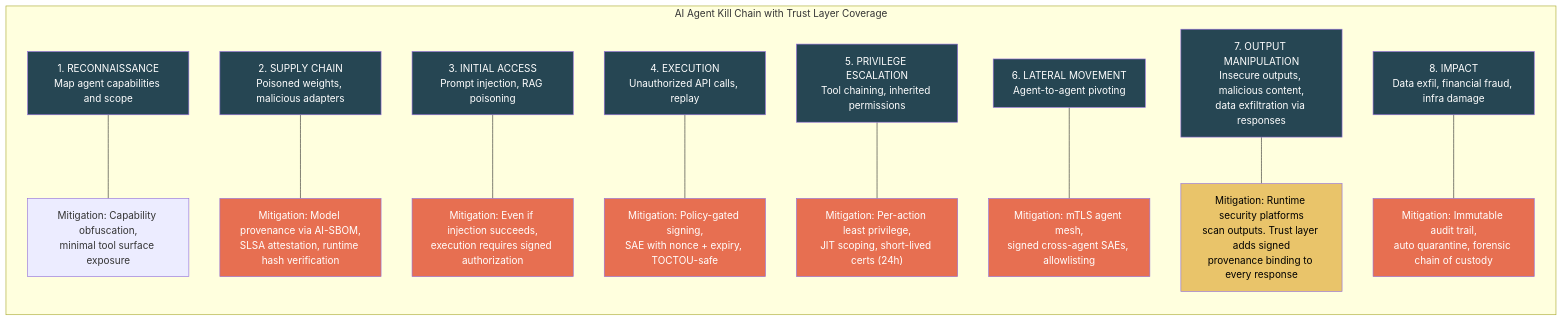
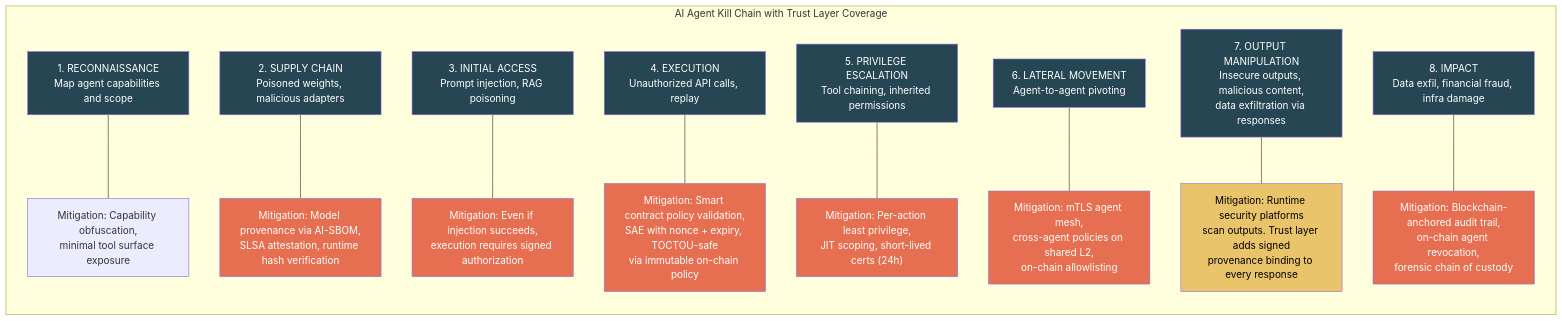
The ninth of 13 diagrams in cryptographic-trust-layer-thesis.md (kjayashr/cryptographic-trust-layer), drawn with Mermaid before and after one commit. The commit also changed other lines of this file, not shown here.

First line of the commit message:
Rewrite architecture to smart contract-based enforcement on Ethereum L2

````diff
--- a/cryptographic-trust-layer-thesis.md
+++ b/cryptographic-trust-layer-thesis.md
@@ -393,55 +420,55 @@
 ```mermaid
 graph TB
     subgraph "AI Agent Kill Chain with Trust Layer Coverage"
         direction TB
 
         KC1["1. RECONNAISSANCE<br/>Map agent capabilities and scope"]
         M1["Mitigation: Capability obfuscation,<br/>minimal tool surface exposure"]
 
         KC2["2. SUPPLY CHAIN<br/>Poisoned weights, malicious adapters"]
         M2["Mitigation: Model provenance via AI-SBOM,<br/>SLSA attestation, runtime hash verification"]
 
         KC3["3. INITIAL ACCESS<br/>Prompt injection, RAG poisoning"]
         M3["Mitigation: Even if injection succeeds,<br/>execution requires signed authorization"]
 
         KC4["4. EXECUTION<br/>Unauthorized API calls, replay"]
-        M4["Mitigation: Policy-gated signing,<br/>SAE with nonce + expiry, TOCTOU-safe"]
+        M4["Mitigation: Smart contract policy validation,<br/>SAE with nonce + expiry, TOCTOU-safe<br/>via immutable on-chain policy"]
 
         KC5["5. PRIVILEGE ESCALATION<br/>Tool chaining, inherited permissions"]
         M5["Mitigation: Per-action least privilege,<br/>JIT scoping, short-lived certs (24h)"]
 
         KC6["6. LATERAL MOVEMENT<br/>Agent-to-agent pivoting"]
-        M6["Mitigation: mTLS agent mesh,<br/>signed cross-agent SAEs, allowlisting"]
+        M6["Mitigation: mTLS agent mesh,<br/>cross-agent policies on shared L2,<br/>on-chain allowlisting"]
 
         KC7["7. OUTPUT MANIPULATION<br/>Insecure outputs, malicious content,<br/>data exfiltration via responses"]
         M7["Mitigation: Runtime security platforms<br/>scan outputs. Trust layer adds signed<br/>provenance binding to every response"]
 
         KC8["8. IMPACT<br/>Data exfil, financial fraud, infra damage"]
-        M8["Mitigation: Immutable audit trail,<br/>auto quarantine, forensic chain of custody"]
+        M8["Mitigation: Blockchain-anchored audit trail,<br/>on-chain agent revocation,<br/>forensic chain of custody"]
     end
 
     KC1 --- M1
     KC2 --- M2
     KC3 --- M3
     KC4 --- M4
     KC5 --- M5
     KC6 --- M6
     KC7 --- M7
     KC8 --- M8
 
     style KC1 fill:#264653,color:#fff
     style KC2 fill:#264653,color:#fff
     style KC3 fill:#264653,color:#fff
     style KC4 fill:#264653,color:#fff
     style KC5 fill:#264653,color:#fff
     style KC6 fill:#264653,color:#fff
     style KC7 fill:#264653,color:#fff
     style KC8 fill:#264653,color:#fff
     style M2 fill:#e76f51,color:#fff
     style M3 fill:#e76f51,color:#fff
     style M4 fill:#e76f51,color:#fff
     style M5 fill:#e76f51,color:#fff
     style M6 fill:#e76f51,color:#fff
     style M7 fill:#e9c46a,color:#000
     style M8 fill:#e76f51,color:#fff
 ```
````
